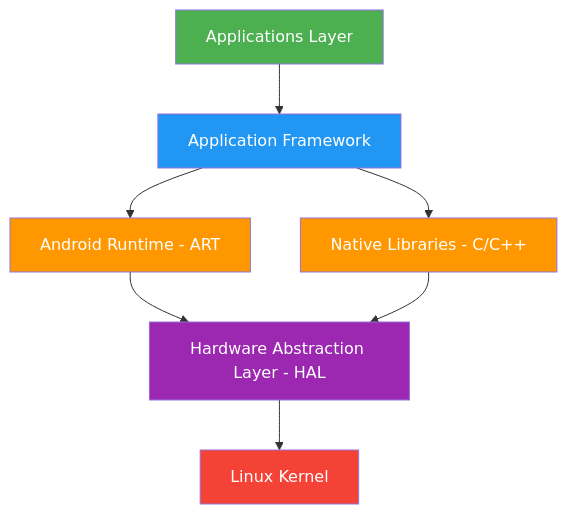
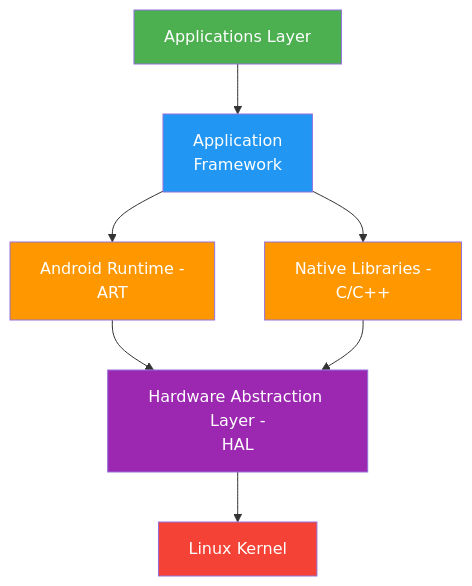
The second of 2 diagrams in 02-Semester-VI/CS-357-MJ-T-Android-Programming/Overview.md (amitdevx/TY), drawn with Mermaid before and after one commit. The commit also changed 65 other files, not shown here.

Commit message:
fix:graph vertical

````diff
--- a/02-Semester-VI/CS-357-MJ-T-Android-Programming/Overview.md
+++ b/02-Semester-VI/CS-357-MJ-T-Android-Programming/Overview.md
@@ -110,15 +110,15 @@
 ```mermaid
 graph TD
-    A[Applications Layer] --> B[Application Framework]
-    B --> C[Android Runtime - ART]
-    B --> D[Native Libraries - C/C++]
-    C --> E[Hardware Abstraction Layer - HAL]
+    A[Applications Layer] --> B[Application<br/>Framework]
+    B --> C[Android Runtime -<br/>ART]
+    B --> D[Native Libraries -<br/>C/C++]
+    C --> E[Hardware Abstraction Layer -<br/>HAL]
     D --> E
     E --> F[Linux Kernel]
     style A fill:#4CAF50,color:#fff
     style B fill:#2196F3,color:#fff
     style C fill:#FF9800,color:#fff
     style D fill:#FF9800,color:#fff
     style E fill:#9C27B0,color:#fff
     style F fill:#F44336,color:#fff
 ```
````
